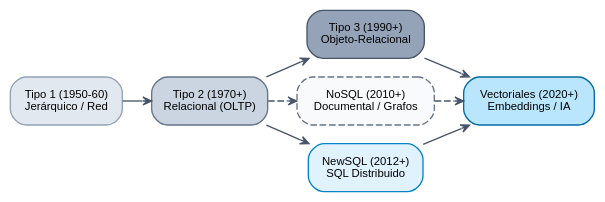
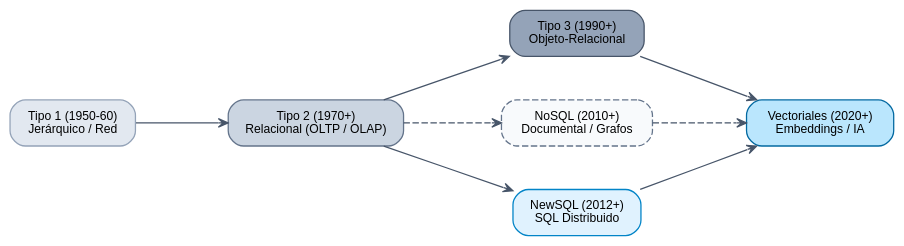
Before and after one commit to Danesvv/BDE-nestor: the fourth of 5 diagrams in slides/20-d_arquitectura_y_estandares_ogc.qmd, drawn with Graphviz. The commit also changed other lines of this file and 85 other files, not shown here.

````diff
--- a/slides/20-d_arquitectura_y_estandares_ogc.qmd
+++ b/slides/20-d_arquitectura_y_estandares_ogc.qmd
@@ -359,27 +377,29 @@
 ```{dot}
+//| label: dot-cronologia-modelos
 //| fig-align: center
-//| fig-width: 9.0
-//| fig-height: 2.0
+//| fig-width: 10.0
+//| fig-height: 2.6
+//| out-width: "100%"
 //| echo: false
 
 digraph G {
-    graph [rankdir=LR, bgcolor="transparent", nodesep=0.2, ranksep=0.3, fontname="Helvetica"];
-    node [shape=box, style="filled,rounded", fontname="Helvetica", fontsize=8.5, penwidth=1.0, margin="0.1,0.06"];
-    edge [color="#475569", arrowhead=vee, arrowsize=0.65];
+    graph [rankdir=LR, bgcolor="transparent", nodesep=0.25, ranksep=0.45, fontname="Helvetica", size="10,2.6!", ratio=fill];
+    node [shape=box, style="filled,rounded", fontname="Helvetica", fontsize=9.5, penwidth=1.0, margin="0.12,0.07"];
+    edge [color="#475569", arrowhead=vee, arrowsize=0.75, penwidth=1.0];
 
     t1 [label="Tipo 1 (1950-60)\nJerárquico / Red", fillcolor="#e2e8f0", color="#94a3b8"];
-    t2 [label="Tipo 2 (1970+)\nRelacional (OLTP)", fillcolor="#cbd5e1", color="#64748b"];
+    t2 [label="Tipo 2 (1970+)\nRelacional (OLTP / OLAP)", fillcolor="#cbd5e1", color="#64748b"];
     t3 [label="Tipo 3 (1990+)\nObjeto-Relacional", fillcolor="#94a3b8", color="#475569"];
     nosql [label="NoSQL (2010+)\nDocumental / Grafos", fillcolor="#f8fafc", color="#64748b", style="dashed,rounded,filled"];
     newsql [label="NewSQL (2012+)\nSQL Distribuido", fillcolor="#e0f2fe", color="#0284c7"];
     vec [label="Vectoriales (2020+)\nEmbeddings / IA", fillcolor="#bae6fd", color="#0369a1"];
 
     t1 -> t2 -> t3;
     t2 -> nosql [style=dashed];
     t2 -> newsql;
     t3 -> vec;
     nosql -> vec [style=dashed];
     newsql -> vec;
 }
 
 ```
````
